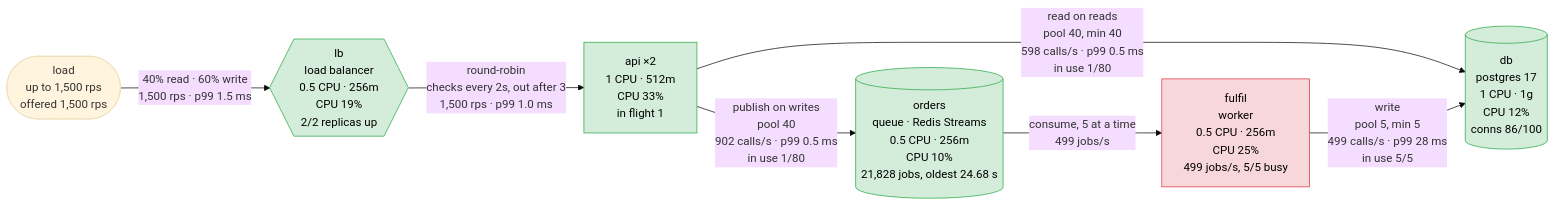
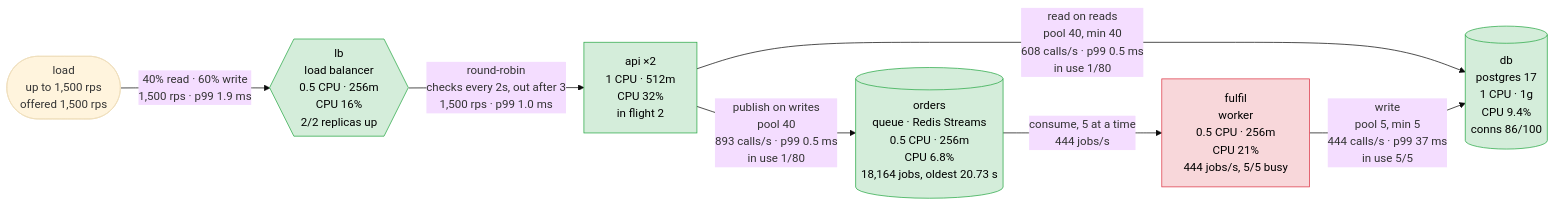
The first of 5 diagrams in scenarios/flash-sale/solutions/queue-the-orders/report.md (akinfemi/load-lore), drawn with Mermaid (base theme) before and after one commit. The commit also changed other lines of this file and 71 other files, not shown here.

````diff
--- a/scenarios/flash-sale/solutions/queue-the-orders/report.md
+++ b/scenarios/flash-sale/solutions/queue-the-orders/report.md
@@ -15,20 +15,20 @@
 ```mermaid
 flowchart LR
     load(["load<br/>up to 1,500 rps<br/>offered 1,500 rps"])
-    lb{{"lb<br/>load balancer<br/>0.5 CPU · 256m<br/>CPU 19%<br/>2/2 replicas up"}}
-    api["api ×2<br/>1 CPU · 512m<br/>CPU 33%<br/>in flight 1"]
-    db[("db<br/>postgres 17<br/>1 CPU · 1g<br/>CPU 12%<br/>conns 86/100")]
-    orders[("orders<br/>queue · Redis Streams<br/>0.5 CPU · 256m<br/>CPU 10%<br/>21,828 jobs, oldest 24.68 s")]
-    fulfil["fulfil<br/>worker<br/>0.5 CPU · 256m<br/>CPU 25%<br/>499 jobs/s, 5/5 busy"]
-    load -->|"40% read · 60% write<br/>1,500 rps · p99 1.5 ms"| lb
+    lb{{"lb<br/>load balancer<br/>0.5 CPU · 256m<br/>CPU 16%<br/>2/2 replicas up"}}
+    api["api ×2<br/>1 CPU · 512m<br/>CPU 32%<br/>in flight 2"]
+    db[("db<br/>postgres 17<br/>1 CPU · 1g<br/>CPU 9.4%<br/>conns 86/100")]
+    orders[("orders<br/>queue · Redis Streams<br/>0.5 CPU · 256m<br/>CPU 6.8%<br/>18,164 jobs, oldest 20.73 s")]
+    fulfil["fulfil<br/>worker<br/>0.5 CPU · 256m<br/>CPU 21%<br/>444 jobs/s, 5/5 busy"]
+    load -->|"40% read · 60% write<br/>1,500 rps · p99 1.9 ms"| lb
     lb -->|"round-robin<br/>checks every 2s, out after 3<br/>1,500 rps · p99 1.0 ms"| api
-    api -->|"read on reads<br/>pool 40, min 40<br/>598 calls/s · p99 0.5 ms<br/>in use 1/80"| db
-    api -->|"publish on writes<br/>pool 40<br/>902 calls/s · p99 0.5 ms<br/>in use 1/80"| orders
-    orders -->|"consume, 5 at a time<br/>499 jobs/s"| fulfil
-    fulfil -->|"write<br/>pool 5, min 5<br/>499 calls/s · p99 28 ms<br/>in use 5/5"| db
+    api -->|"read on reads<br/>pool 40, min 40<br/>608 calls/s · p99 0.5 ms<br/>in use 1/80"| db
+    api -->|"publish on writes<br/>pool 40<br/>893 calls/s · p99 0.5 ms<br/>in use 1/80"| orders
+    orders -->|"consume, 5 at a time<br/>444 jobs/s"| fulfil
+    fulfil -->|"write<br/>pool 5, min 5<br/>444 calls/s · p99 37 ms<br/>in use 5/5"| db
     classDef ok fill:#d4edda,stroke:#28a745,color:#000
     classDef warm fill:#fff3cd,stroke:#d39e00,color:#000
     classDef hot fill:#f8d7da,stroke:#dc3545,color:#000
     class lb,api,db,orders ok
     class fulfil hot
 ```
````
